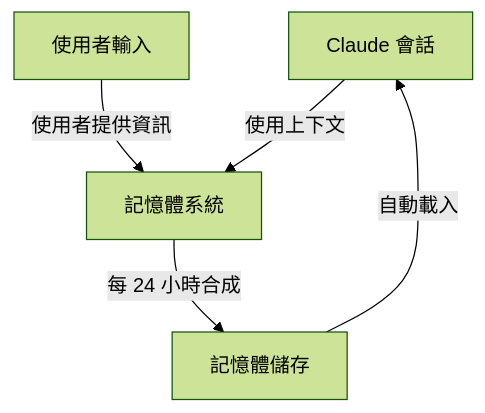
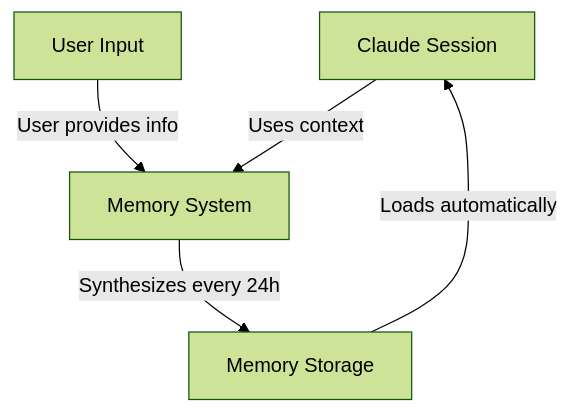
The first of 4 diagrams in 02-memory/README.md (huckly/claude-howto-zh-tw), drawn with Mermaid (forest theme) before and after one commit. The commit also changed other lines of this file, not shown here.

Commit message:
章節 02：Memory（記憶）— 同步 v2.1.110

````diff
--- a/02-memory/README.md
+++ b/02-memory/README.md
@@ -192,12 +197,12 @@
 ```mermaid
 graph TB
-    A["Claude 會話"]
-    B["使用者輸入"]
-    C["記憶體系統"]
-    D["記憶體儲存"]
+    A["Claude Session"]
+    B["User Input"]
+    C["Memory System"]
+    D["Memory Storage"]
 
-    B -->|使用者提供資訊| C
-    C -->|每 24 小時合成| D
-    D -->|自動載入| A
-    A -->|使用上下文| C
+    B -->|User provides info| C
+    C -->|Synthesizes every 24h| D
+    D -->|Loads automatically| A
+    A -->|Uses context| C
 ```
````
